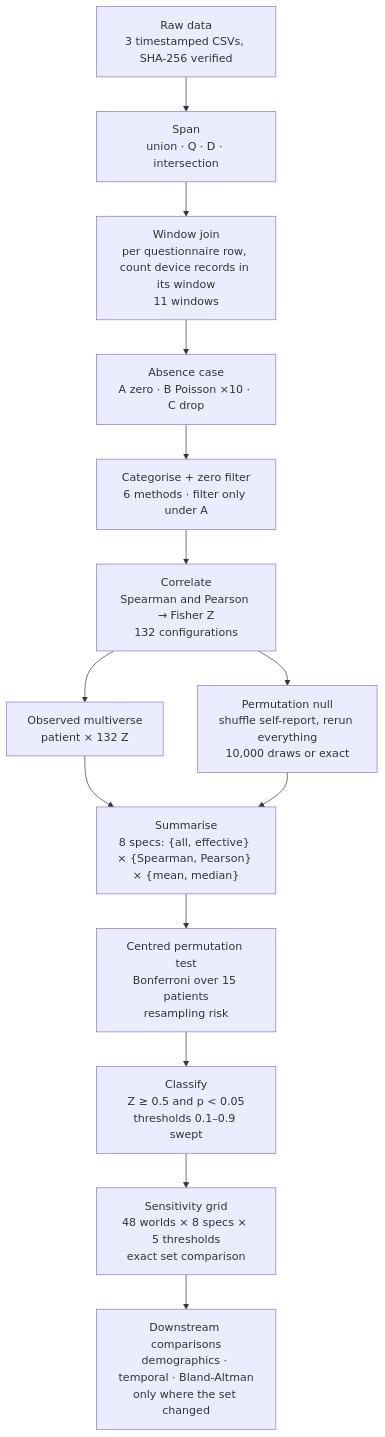
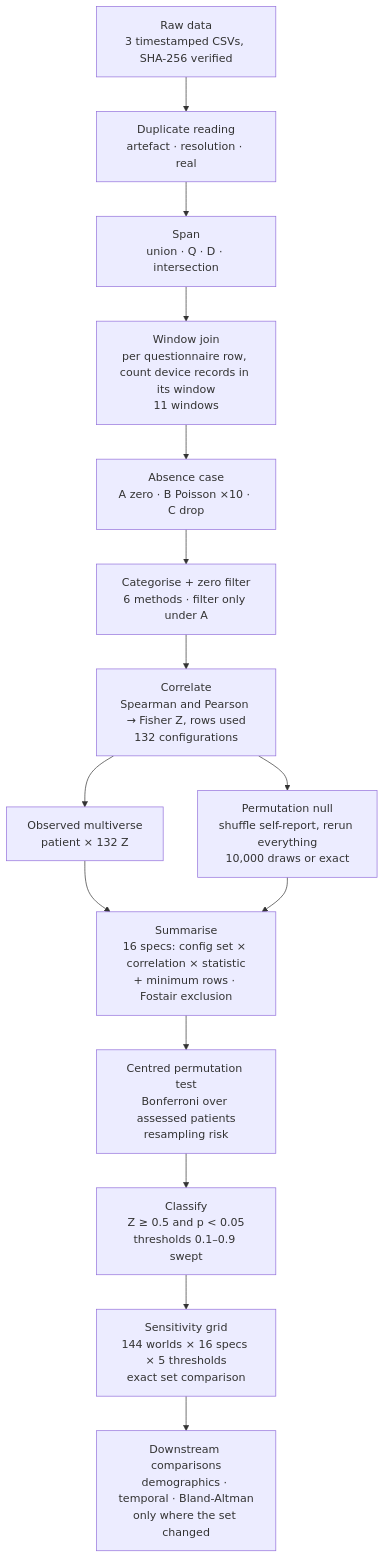
One commit to dipo101/aamos-discrepancy-analysis changed the diagram in README.md. Above: the diagram before and after it, drawn with Mermaid. The commit also changed other lines of this file, not shown here.

Commit message:
docs: README for Kevin updated to the rebuilt worlds (Fostair/MART highlighted, code 12, look-ahead, duplicates, minimum rows)

````diff
--- a/README.md
+++ b/README.md
@@ -41,23 +53,24 @@
 ```mermaid
 flowchart TD
     RAW["Raw data<br/>3 timestamped CSVs, SHA-256 verified"]
+    DUP["Duplicate reading<br/>artefact · resolution · real"]
     SPAN["Span<br/>union · Q · D · intersection"]
     JOIN["Window join<br/>per questionnaire row, count device records in its window<br/>11 windows"]
     CASE["Absence case<br/>A zero · B Poisson ×10 · C drop"]
     CAT["Categorise + zero filter<br/>6 methods · filter only under A"]
-    CORR["Correlate<br/>Spearman and Pearson → Fisher Z<br/>132 configurations"]
+    CORR["Correlate<br/>Spearman and Pearson → Fisher Z, rows used<br/>132 configurations"]
     OBS["Observed multiverse<br/>patient × 132 Z"]
     PERM["Permutation null<br/>shuffle self-report, rerun everything<br/>10,000 draws or exact"]
-    SUMM["Summarise<br/>8 specs: {all, effective} × {Spearman, Pearson} × {mean, median}"]
-    TEST["Centred permutation test<br/>Bonferroni over 15 patients<br/>resampling risk"]
+    SUMM["Summarise<br/>16 specs: config set × correlation × statistic<br/>+ minimum rows · Fostair exclusion"]
+    TEST["Centred permutation test<br/>Bonferroni over assessed patients<br/>resampling risk"]
     CLASS["Classify<br/>Z ≥ 0.5 and p < 0.05<br/>thresholds 0.1–0.9 swept"]
-    GRID["Sensitivity grid<br/>48 worlds × 8 specs × 5 thresholds<br/>exact set comparison"]
+    GRID["Sensitivity grid<br/>144 worlds × 16 specs × 5 thresholds<br/>exact set comparison"]
     DOWN["Downstream comparisons<br/>demographics · temporal · Bland-Altman<br/>only where the set changed"]
 
-    RAW --> SPAN --> JOIN --> CASE --> CAT --> CORR
+    RAW --> DUP --> SPAN --> JOIN --> CASE --> CAT --> CORR
     CORR --> OBS
     CORR --> PERM
     OBS --> SUMM
     PERM --> SUMM
     SUMM --> TEST --> CLASS --> GRID --> DOWN
 ```
````
